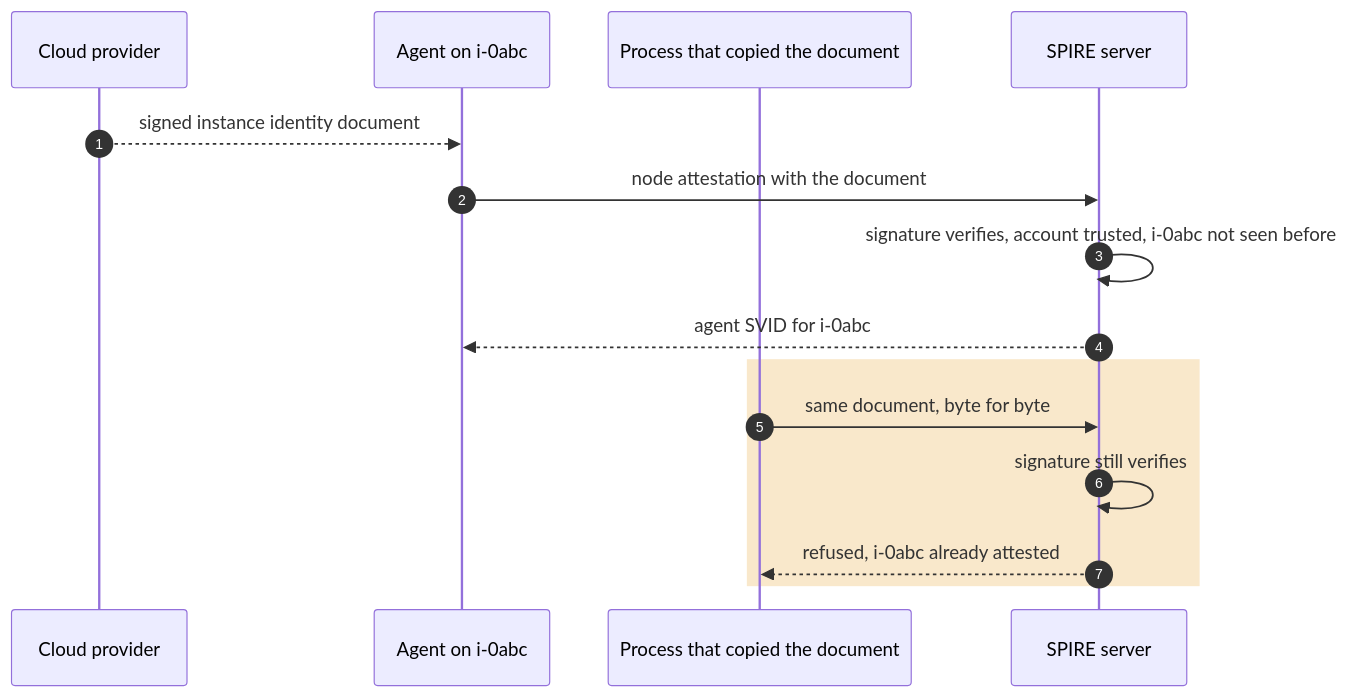
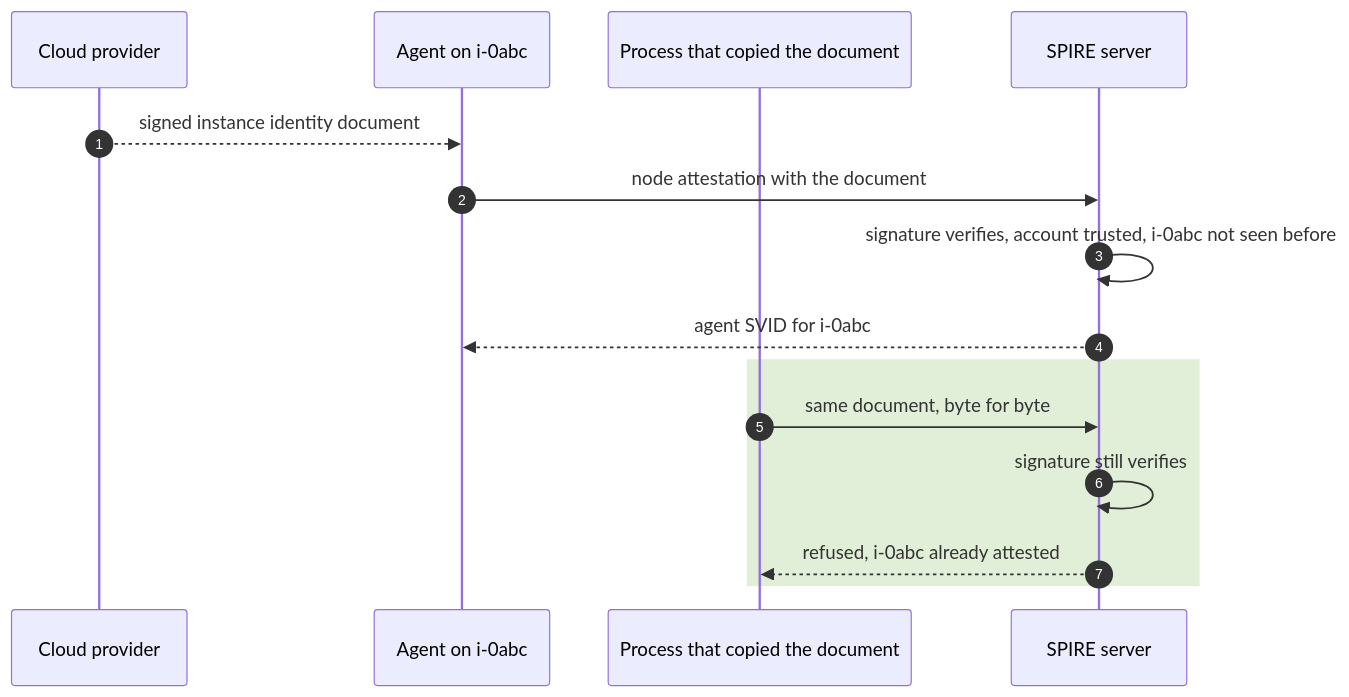
One commit to hritesh-sonawane/hritesh-sonawane.github.io changed the third of 8 diagrams in site/content/notes/infrastructure-security/workload-identity/02-attestation-and-spiffe.md. Above: the diagram before and after it, drawn with Mermaid. The commit also changed other lines of this file and 225 other files, not shown here.

````diff
--- a/site/content/notes/infrastructure-security/workload-identity/02-attestation-and-spiffe.md
+++ b/site/content/notes/infrastructure-security/workload-identity/02-attestation-and-spiffe.md
@@ -134,17 +135,17 @@
 ```mermaid {title="Trust on first use: the second presentation of a genuine document fails"}
 sequenceDiagram
   autonumber
   participant C as Cloud provider
   participant A as Agent on i-0abc
   participant X as Process that copied the document
   participant S as SPIRE server
   C-->>A: signed instance identity document
   A->>S: node attestation with the document
   S->>S: signature verifies, account trusted, i-0abc not seen before
   S-->>A: agent SVID for i-0abc
-  rect rgb(249, 232, 203)
+  rect rgb(226, 239, 216)
   X->>S: same document, byte for byte
   S->>S: signature still verifies
   S-->>X: refused, i-0abc already attested
   end
 ```
````
